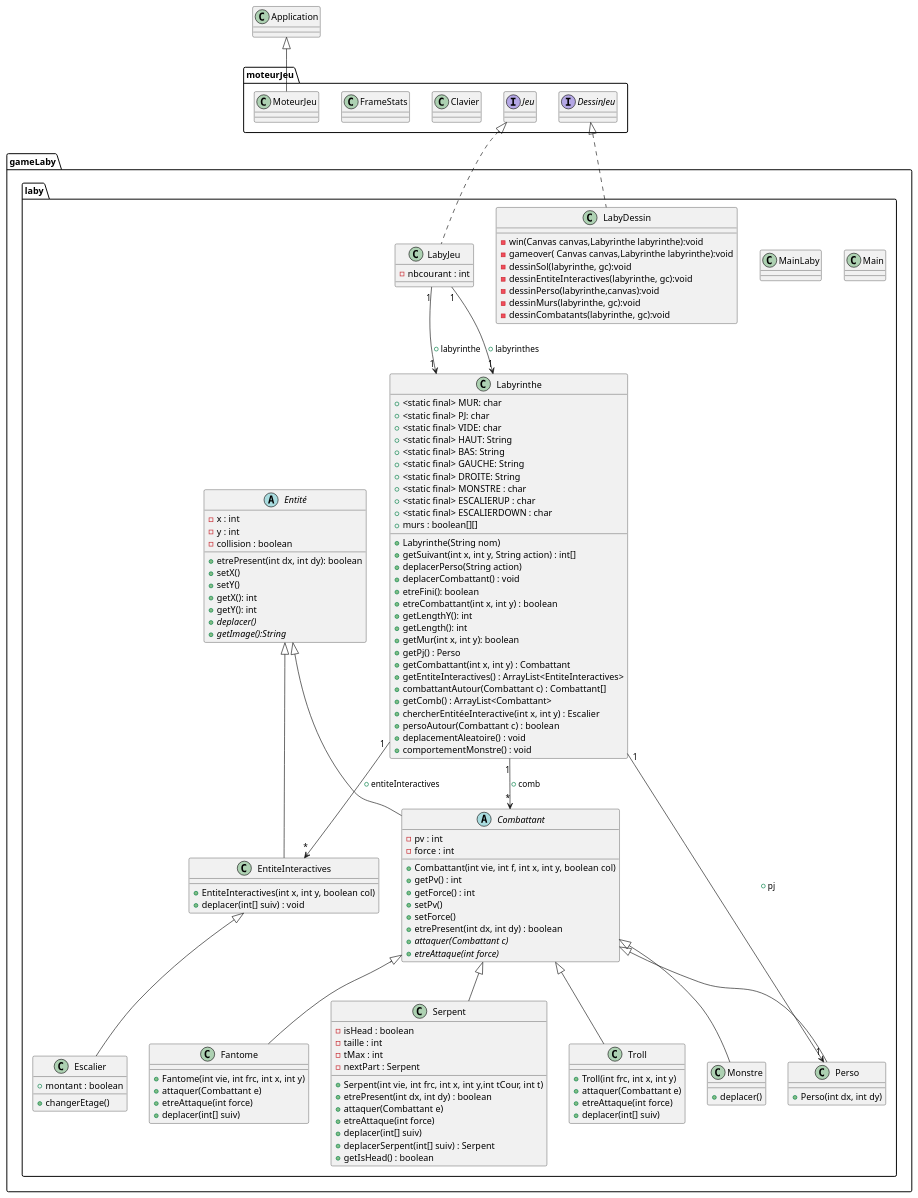
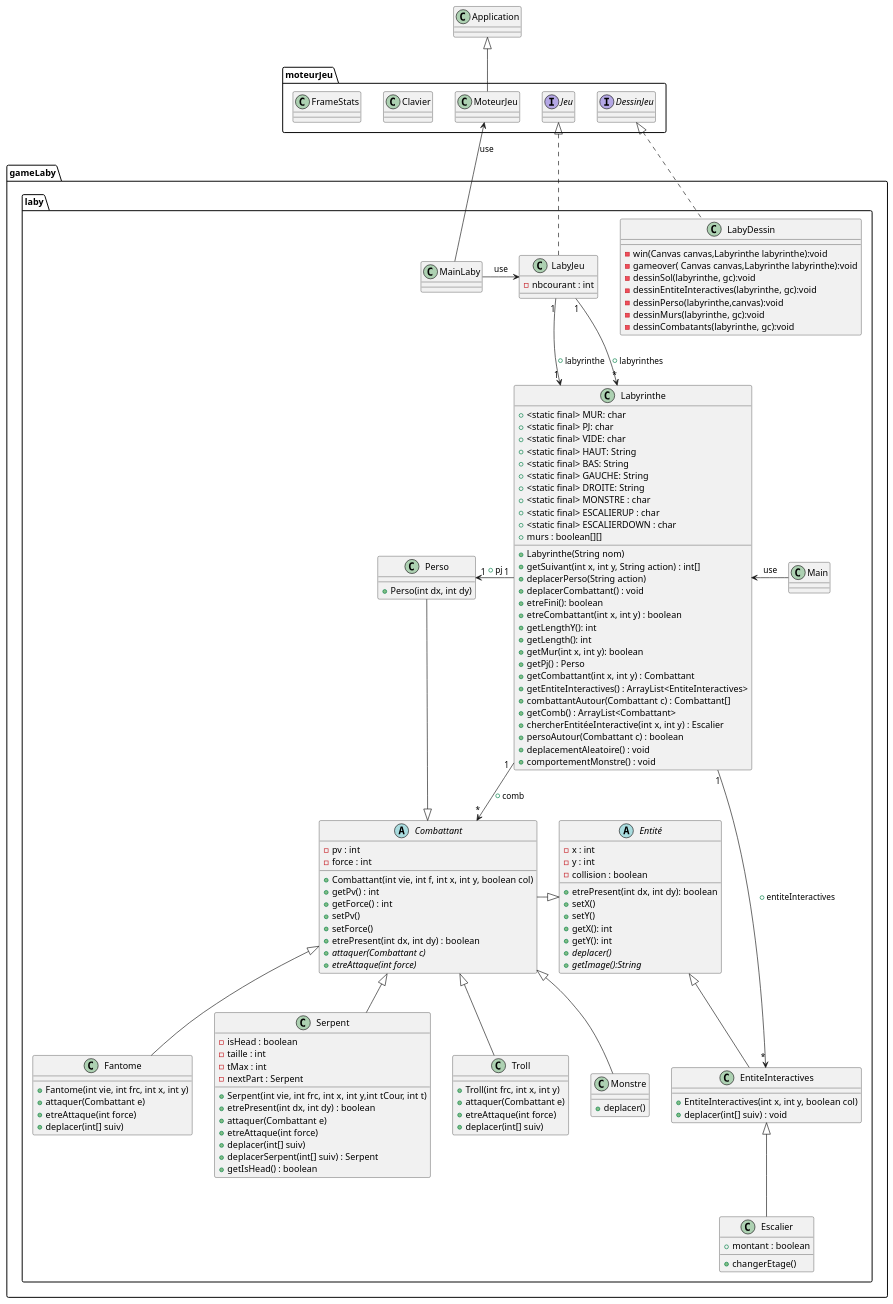
Before and after one commit to celie-ponroy/2023_S2.01_Zeldiablo_ponroy_roth_prykhodko_bortolotti: the diagram in zeldiablo/documents/version_4/diagclass_laby.puml, drawn with PlantUML. The commit also changed 1 other file, not shown here.

Commit message:
modif diagramme de classe

```diff
--- a/zeldiablo/documents/version_4/diagclass_laby.puml
+++ b/zeldiablo/documents/version_4/diagclass_laby.puml
@@ -1,169 +1,172 @@
 @startuml
 
 package gameLaby.laby{
 
 class Labyrinthe{
 + <static final> MUR: char
 + <static final> PJ: char
 + <static final> VIDE: char
 + <static final> HAUT: String
 + <static final> BAS: String
 + <static final> GAUCHE: String
 + <static final> DROITE: String
 + <static final> MONSTRE : char
 + <static final> ESCALIERUP : char
 + <static final> ESCALIERDOWN : char
 + murs : boolean[][]
 + Labyrinthe(String nom)
 + getSuivant(int x, int y, String action) : int[]
 + deplacerPerso(String action)
 + deplacerCombattant() : void
 + etreFini(): boolean
 + etreCombattant(int x, int y) : boolean
 + getLengthY(): int
 + getLength(): int
 + getMur(int x, int y): boolean
 + getPj() : Perso
 + getCombattant(int x, int y) : Combattant
 + getEntiteInteractives() : ArrayList<EntiteInteractives>
 + combattantAutour(Combattant c) : Combattant[]
 + getComb() : ArrayList<Combattant>
 + chercherEntitéeInteractive(int x, int y) : Escalier
 + persoAutour(Combattant c) : boolean
 + deplacementAleatoire() : void
 + comportementMonstre() : void
 }
 
 
 class Main{
 }
 
 class MainLaby{
 }
 
 class Perso{
 +Perso(int dx, int dy)
 }
 
 Abstract class Entité{
 - x : int
 - y : int
 - collision : boolean
 + etrePresent(int dx, int dy): boolean
 +setX()
 +setY()
 +getX(): int
 +getY(): int
 +{abstract}deplacer()
 +{abstract}getImage():String
 }
 
 Abstract class Combattant{
 - pv : int
 - force : int
 + Combattant(int vie, int f, int x, int y, boolean col)
 + getPv() : int
 + getForce() : int
 + setPv()
 + setForce()
 + etrePresent(int dx, int dy) : boolean
 + {abstract}attaquer(Combattant c)
 + {abstract}etreAttaque(int force)
 }
 
 class EntiteInteractives{
 + EntiteInteractives(int x, int y, boolean col)
 + deplacer(int[] suiv) : void
 }
 
 class Monstre{
 + deplacer()
 }
 
 class Fantome{
 + Fantome(int vie, int frc, int x, int y)
 + attaquer(Combattant e)
 + etreAttaque(int force)
 + deplacer(int[] suiv)
 }
 
 class Serpent{
 - isHead : boolean
 - taille : int
 - tMax : int
 - nextPart : Serpent
 + Serpent(int vie, int frc, int x, int y,int tCour, int t)
 + etrePresent(int dx, int dy) : boolean
 + attaquer(Combattant e)
 + etreAttaque(int force)
 + deplacer(int[] suiv)
 + deplacerSerpent(int[] suiv) : Serpent
 + getIsHead() : boolean
 }
 
 class Troll{
 + Troll(int frc, int x, int y)
 + attaquer(Combattant e)
 + etreAttaque(int force)
 + deplacer(int[] suiv)
 }
 
 class Escalier{
 + montant : boolean
 + changerEtage()
 }
 
 class LabyJeu{
 - nbcourant : int
 }
 
 class LabyDessin{
 -win(Canvas canvas,Labyrinthe labyrinthe):void
 -gameover( Canvas canvas,Labyrinthe labyrinthe):void
 -dessinSol(labyrinthe, gc):void
 -dessinEntiteInteractives(labyrinthe, gc):void
 -dessinPerso(labyrinthe,canvas):void
 -dessinMurs(labyrinthe, gc):void
 -dessinCombatants(labyrinthe, gc):void
 }
 
 }
 
 package moteurJeu{
 
 interface Jeu{
 }
 
 interface DessinJeu{
 }
 
 class Clavier{
 }
 
 class FrameStats{
 }
 
 class MoteurJeu{
 }
 
 }
 
 Labyrinthe "1" --> "*" EntiteInteractives : + entiteInteractives
 Labyrinthe "1" --> "*" Combattant : + comb
-Labyrinthe "1" --> "1" Perso : + pj
+Labyrinthe "1" -left-> "1" Perso : + pj
 LabyJeu "1" --> "1" Labyrinthe : + labyrinthe
-LabyJeu "1" --> "1" Labyrinthe : + labyrinthes
+LabyJeu "1" --> "*" Labyrinthe : + labyrinthes
 
-Entité <|-- Combattant
+Main -left> Labyrinthe : use
+MainLaby -> LabyJeu : use
+MainLaby -> MoteurJeu : use
+Entité <|-left- Combattant
 Entité <|-- EntiteInteractives
 Combattant <|-- Monstre
-Combattant <|-- Perso
+Combattant <|-down- Perso
 Combattant <|-- Fantome
 Combattant <|-- Serpent
 Combattant <|-- Troll
 EntiteInteractives <|-- Escalier
 Jeu <|.. LabyJeu
 DessinJeu <|.. LabyDessin
 Application <|-- MoteurJeu
 
 @enduml
```
